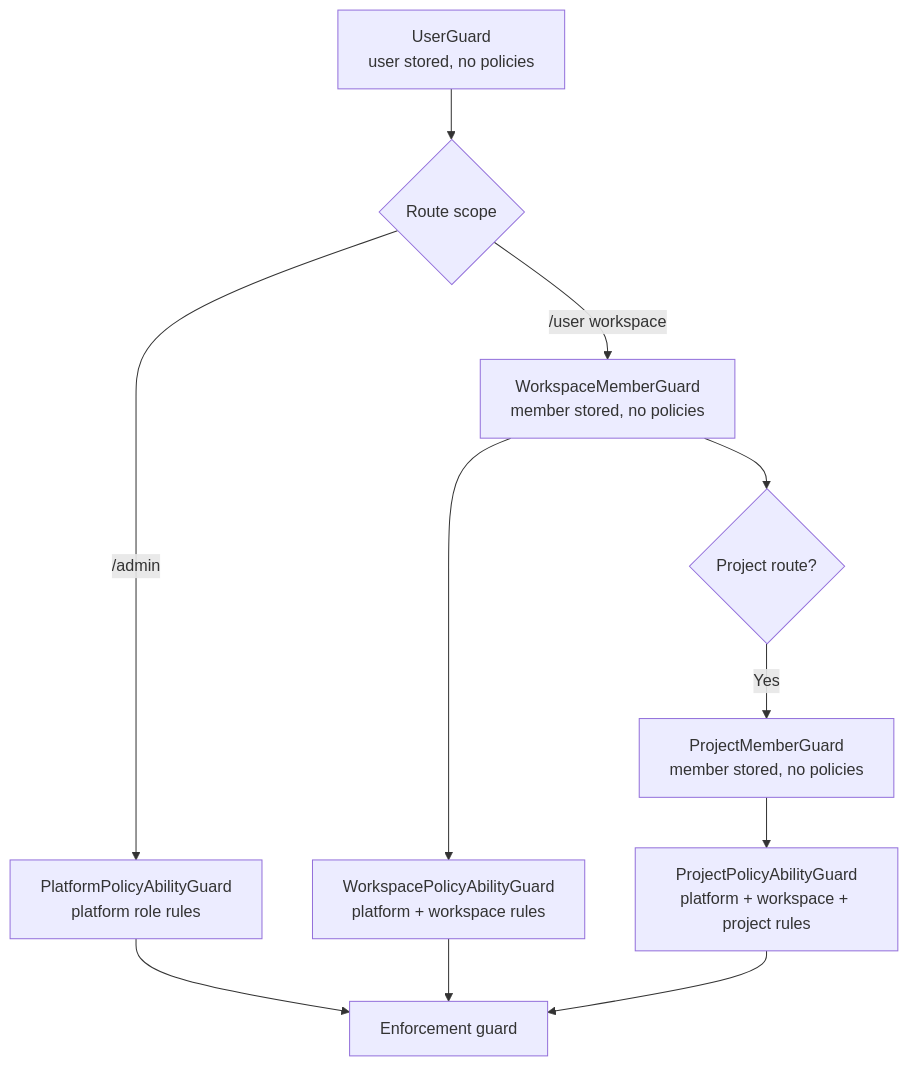
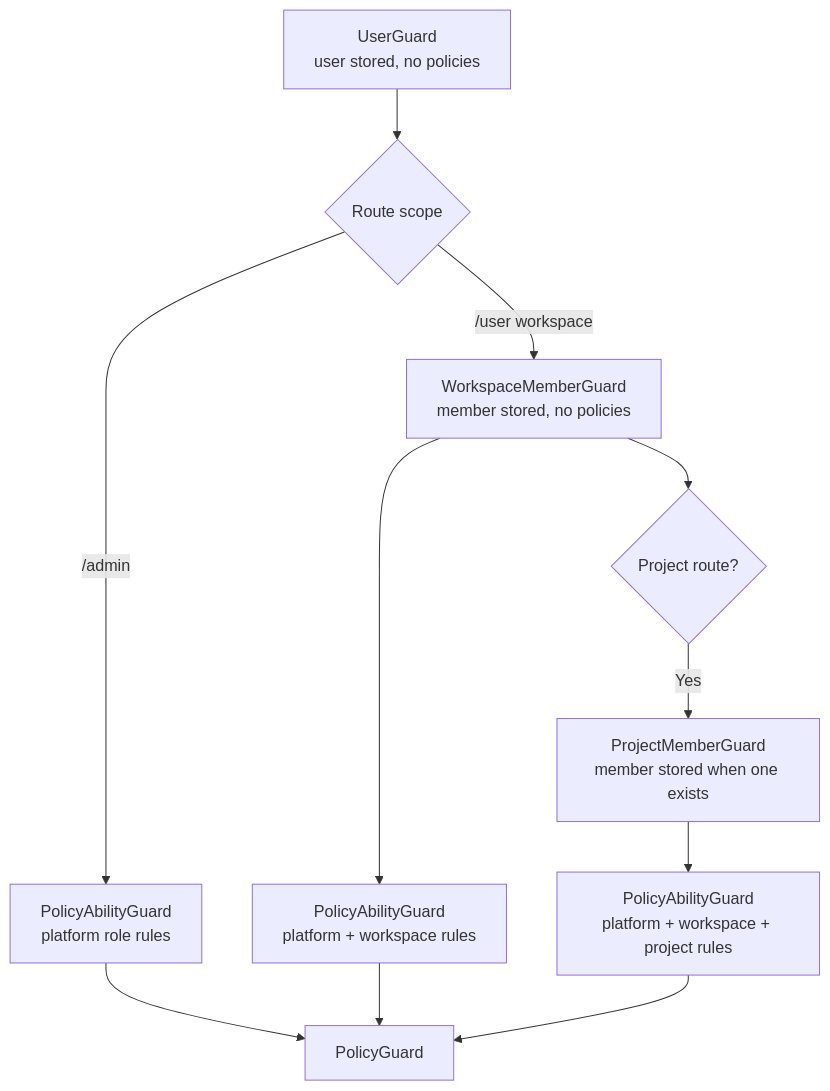
One commit to andrechristikan/ack-nestjs-boilerplate changed the second of 6 diagrams in docs/authorization.md. Above: the diagram before and after it, drawn with Mermaid. The commit also changed other lines of this file and 82 other files, not shown here.

````diff
--- a/docs/authorization.md
+++ b/docs/authorization.md
@@ -228,13 +228,13 @@
 ```mermaid
 flowchart TD
     User[UserGuard<br/>user stored, no policies] --> Route{Route scope}
-    Route -->|/admin| PA[PlatformPolicyAbilityGuard<br/>platform role rules]
+    Route -->|/admin| PA[PolicyAbilityGuard<br/>platform role rules]
     Route -->|/user workspace| WM[WorkspaceMemberGuard<br/>member stored, no policies]
-    WM --> WA[WorkspacePolicyAbilityGuard<br/>platform + workspace rules]
+    WM --> WA[PolicyAbilityGuard<br/>platform + workspace rules]
     WM --> PM{Project route?}
-    PM -->|Yes| PMG[ProjectMemberGuard<br/>member stored, no policies]
-    PMG --> PJA[ProjectPolicyAbilityGuard<br/>platform + workspace + project rules]
-    PA --> Enforce[Enforcement guard]
+    PM -->|Yes| PMG[ProjectMemberGuard<br/>member stored when one exists]
+    PMG --> PJA[PolicyAbilityGuard<br/>platform + workspace + project rules]
+    PA --> Enforce[PolicyGuard]
     WA --> Enforce
     PJA --> Enforce
 ```
````
